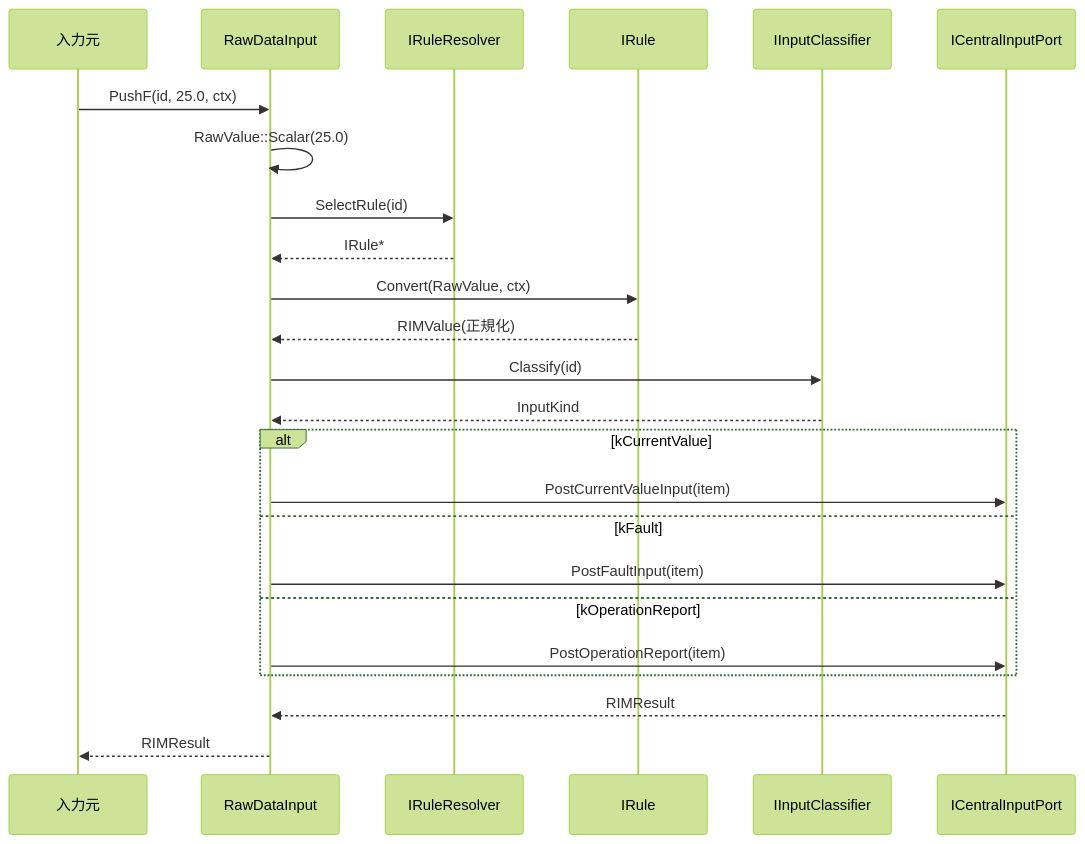
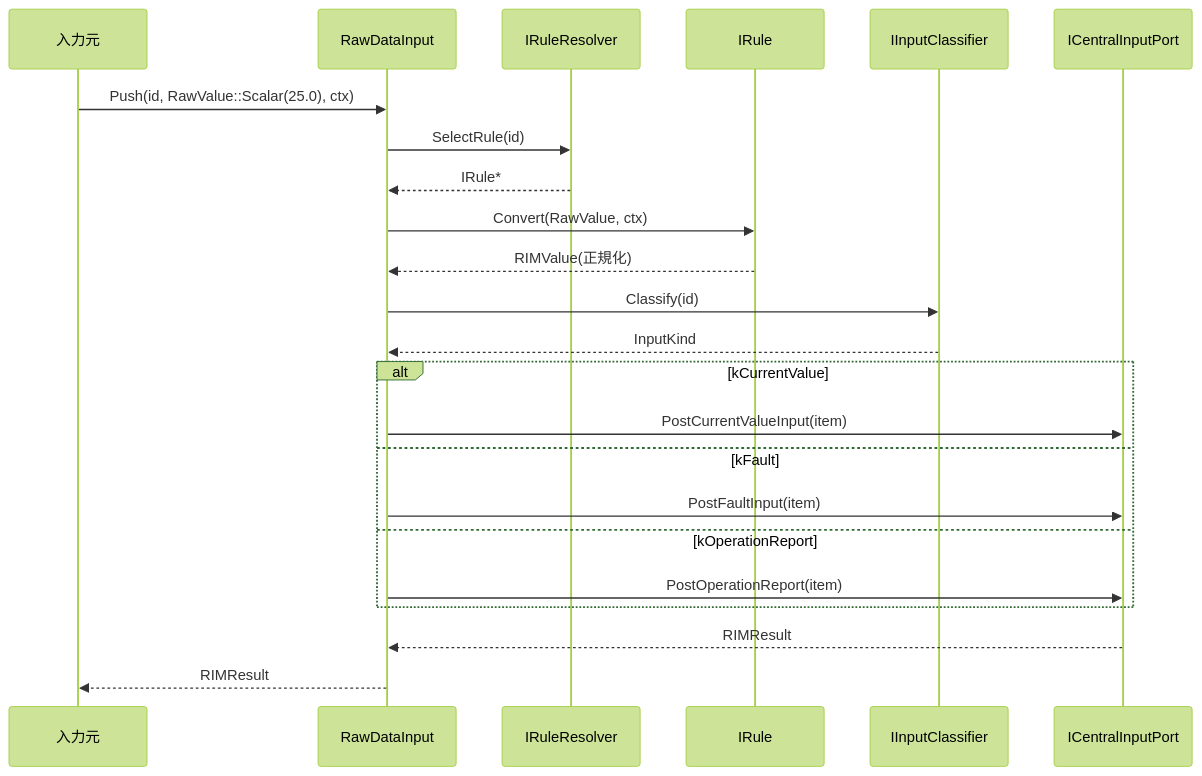
One commit to ceedling-vxworks-test-generator/printer-fw changed the first of 5 diagrams in docs/adapter/04_シーケンス図.md. Above: the diagram before and after it, drawn with Mermaid (forest theme). The commit also changed other lines of this file and 6 other files, not shown here.

First line of the commit message:
Consolidate RawDataInput's external Push API into a single Push(id, RawValue, ctx)

````diff
--- a/docs/adapter/04_シーケンス図.md
+++ b/docs/adapter/04_シーケンス図.md
@@ -5,27 +5,26 @@
 ```mermaid
 sequenceDiagram
     participant Ext as 入力元
     participant RDI as RawDataInput
     participant RR as IRuleResolver
     participant Rule as IRule
     participant IC as IInputClassifier
     participant Port as ICentralInputPort
 
-    Ext->>RDI: PushF(id, 25.0, ctx)
-    RDI->>RDI: RawValue::Scalar(25.0)
+    Ext->>RDI: Push(id, RawValue::Scalar(25.0), ctx)
     RDI->>RR: SelectRule(id)
     RR-->>RDI: IRule*
     RDI->>Rule: Convert(RawValue, ctx)
     Rule-->>RDI: RIMValue(正規化)
     RDI->>IC: Classify(id)
     IC-->>RDI: InputKind
     alt kCurrentValue
         RDI->>Port: PostCurrentValueInput(item)
     else kFault
         RDI->>Port: PostFaultInput(item)
     else kOperationReport
         RDI->>Port: PostOperationReport(item)
     end
     Port-->>RDI: RIMResult
     RDI-->>Ext: RIMResult
 ```
````
